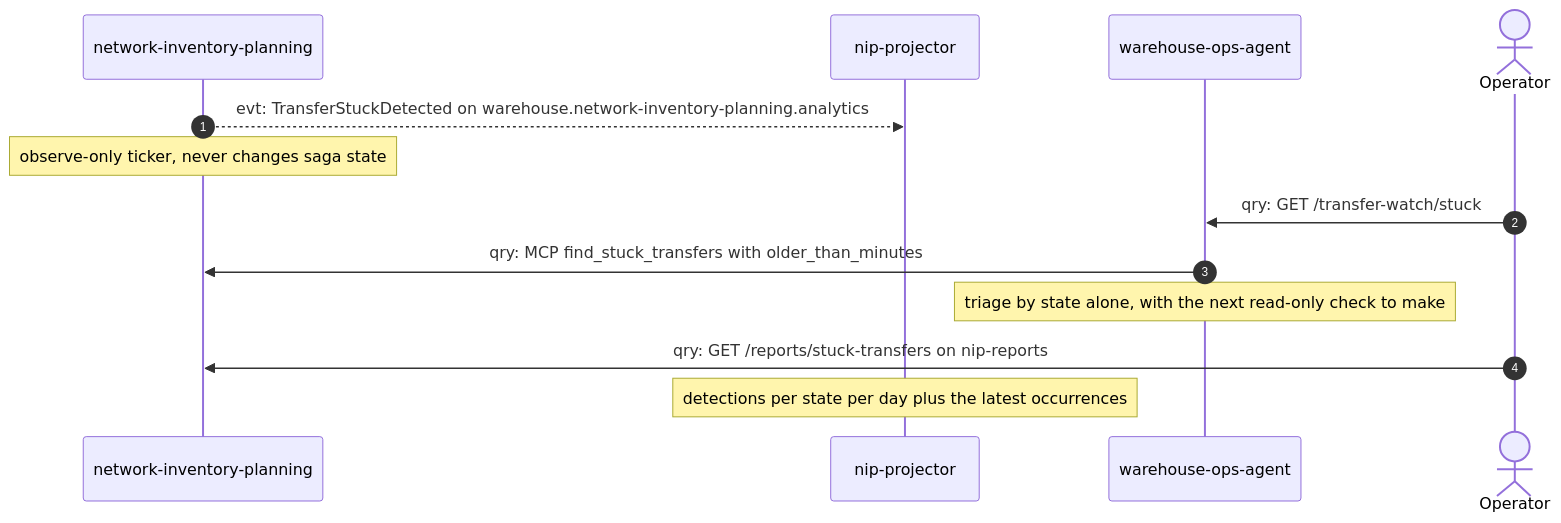
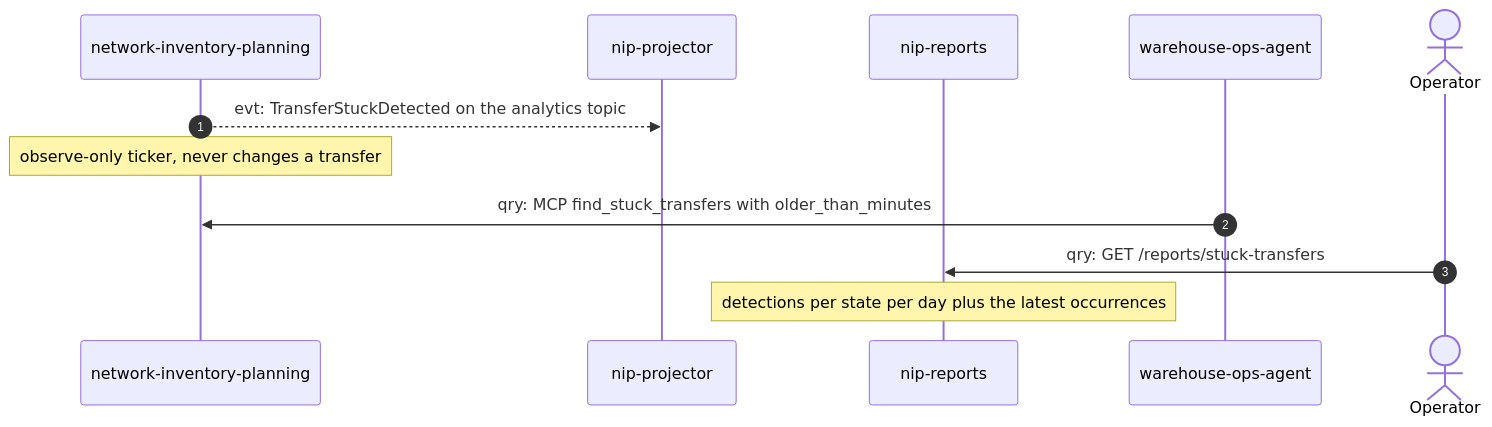
The fourth of 4 diagrams in docs/contexts/network-inventory-planning/domain-message-flow.md (IQVO/warehouse-docs), drawn with Mermaid before and after one commit. The commit also changed other lines of this file and 115 other files, not shown here.

````diff
--- a/docs/contexts/network-inventory-planning/domain-message-flow.md
+++ b/docs/contexts/network-inventory-planning/domain-message-flow.md
@@ -119,15 +102,14 @@
 ```mermaid
 sequenceDiagram
   autonumber
   participant NIP as network-inventory-planning
   participant PROJ as nip-projector
+  participant REP as nip-reports
   participant OA as warehouse-ops-agent
   actor Op as Operator
-  NIP-->>PROJ: evt: TransferStuckDetected on warehouse.network-inventory-planning.analytics
-  Note over NIP: observe-only ticker, never changes saga state
-  Op->>OA: qry: GET /transfer-watch/stuck
+  NIP-->>PROJ: evt: TransferStuckDetected on the analytics topic
+  Note over NIP: observe-only ticker, never changes a transfer
   OA->>NIP: qry: MCP find_stuck_transfers with older_than_minutes
-  Note over OA: triage by state alone, with the next read-only check to make
-  Op->>NIP: qry: GET /reports/stuck-transfers on nip-reports
-  Note over PROJ: detections per state per day plus the latest occurrences
+  Op->>REP: qry: GET /reports/stuck-transfers
+  Note over REP: detections per state per day plus the latest occurrences
 ```
````
